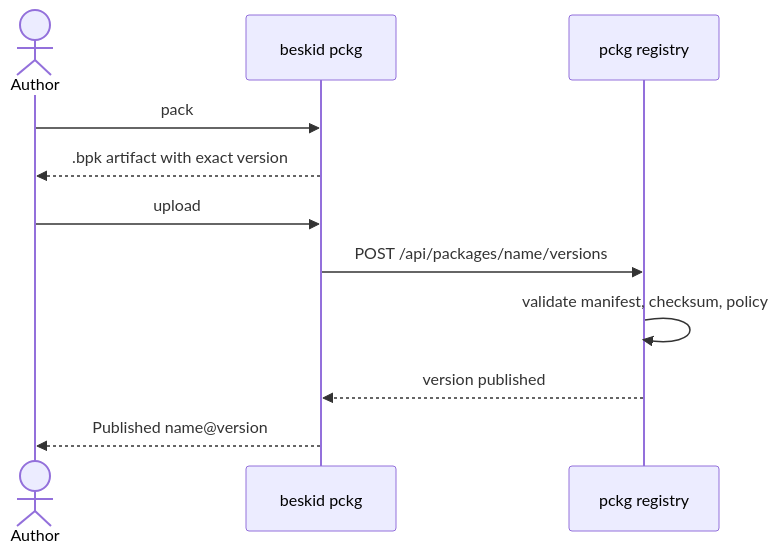
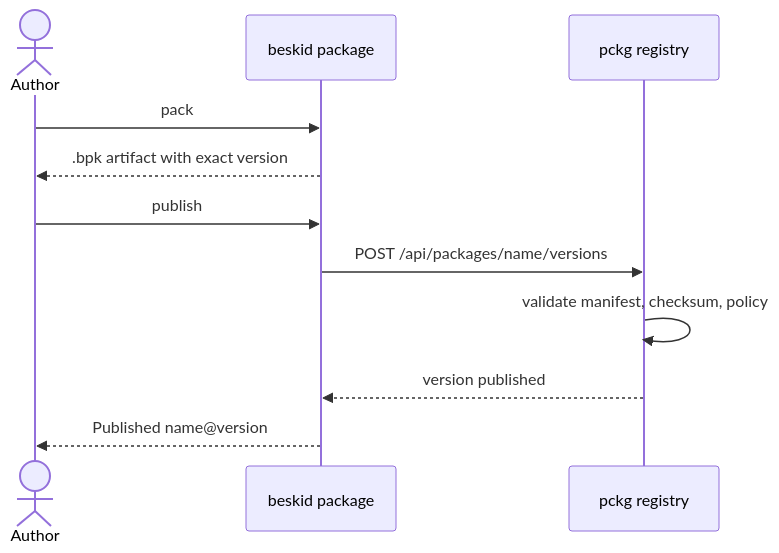
One commit to Cyber-Nomad-Collective/beskid changed the diagram in site/website/src/content/docs/book/18-packages-without-npm-trauma/pckg-cli.md. Above: the diagram before and after it, drawn with Mermaid. The commit also changed other lines of this file and 176 other files, not shown here.

````diff
--- a/site/website/src/content/docs/book/18-packages-without-npm-trauma/pckg-cli.md
+++ b/site/website/src/content/docs/book/18-packages-without-npm-trauma/pckg-cli.md
@@ -31,15 +30,15 @@
 ```mermaid
 sequenceDiagram
-  accTitle: Pack and upload to the registry
+  accTitle: Pack and publish to the registry
   accDescr: The author packs a bpk artifact with the CLI, the CLI uploads it to the registry, the registry validates and adds it to the catalog, and the CLI reports the result.
   actor Author
-  participant CLI as beskid pckg
+  participant CLI as beskid package
   participant Reg as pckg registry
   Author->>CLI: pack
   CLI-->>Author: .bpk artifact with exact version
-  Author->>CLI: upload
+  Author->>CLI: publish
   CLI->>Reg: POST /api/packages/name/versions
   Reg->>Reg: validate manifest, checksum, policy
   Reg-->>CLI: version published
   CLI-->>Author: Published name@version
 ```
````
